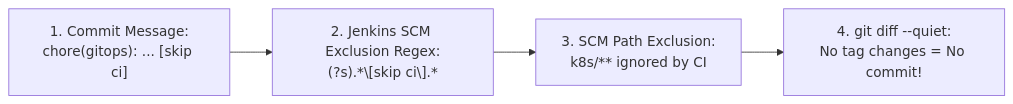
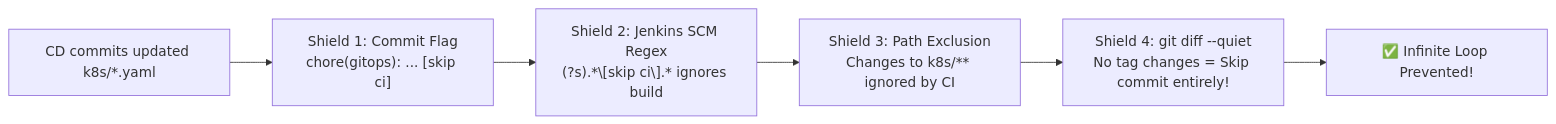
Before and after one commit to ARPITPRAJAPATI/Advance_bank_system: the sixth of 11 diagrams in DEVOPS_LEARNINGS.md, drawn with Mermaid. The commit also changed other lines of this file and 2 other files, not shown here.

Commit message:
docs: rewrite backend learning guide with visual Mermaid diagrams and architectural deep dives

````diff
--- a/DEVOPS_LEARNINGS.md
+++ b/DEVOPS_LEARNINGS.md
@@ -582,6 +201,8 @@
 ```mermaid
 flowchart LR
-    CD_Commit["1. Commit Message:<br/>chore(gitops): ... [skip ci]"] --> Jenkins_Filter["2. Jenkins SCM Exclusion Regex:<br/>(?s).*\[skip ci\].*"]
-    Jenkins_Filter --> Path_Filter["3. SCM Path Exclusion:<br/>k8s/** ignored by CI"]
-    Path_Filter --> Diff_Guard["4. git diff --quiet:<br/>No tag changes = No commit!"]
+    CD_Push["CD commits updated k8s/*.yaml"] --> Shield1["Shield 1: Commit Flag<br/>chore(gitops): ... [skip ci]"]
+    Shield1 --> Shield2["Shield 2: Jenkins SCM Regex<br/>(?s).*\[skip ci\].* ignores build"]
+    Shield2 --> Shield3["Shield 3: Path Exclusion<br/>Changes to k8s/** ignored by CI"]
+    Shield3 --> Shield4["Shield 4: git diff --quiet<br/>No tag changes = Skip commit entirely!"]
+    Shield4 --> LoopKilled["✅ Infinite Loop Prevented!"]
 ```
````
